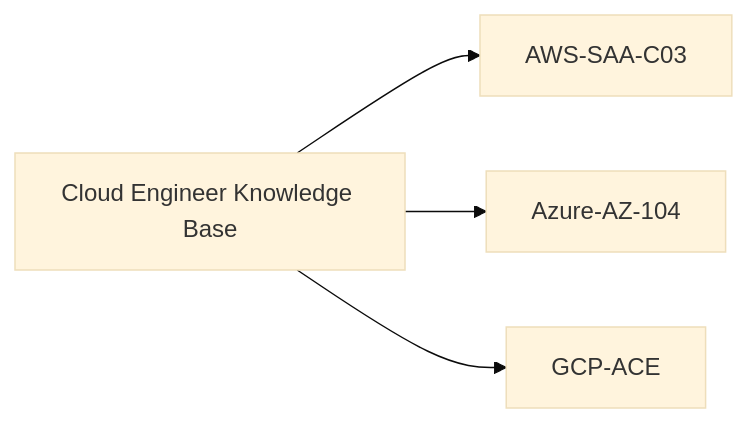
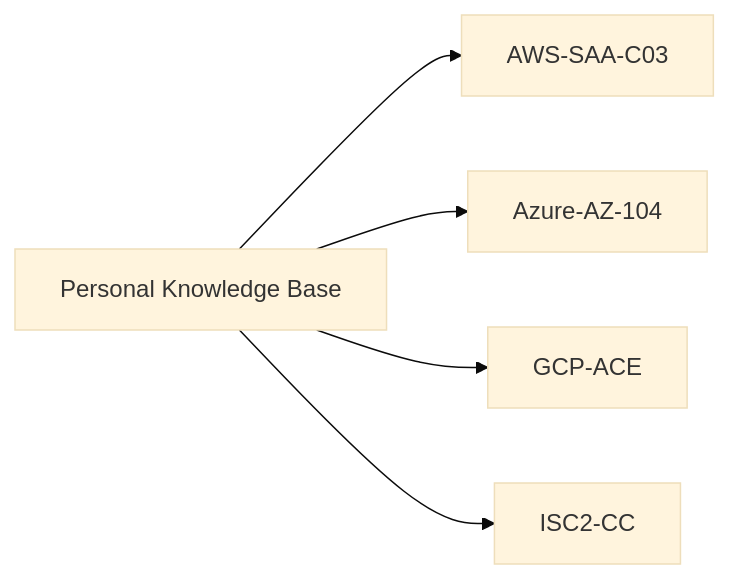
Before and after one commit to somkid-s5/Personal-Knowledge-Base: the diagram in README.md, drawn with Mermaid (base theme). The commit also changed other lines of this file and 10 other files, not shown here.

First line of the commit message:
Reframe repository as personal knowledge base and add ISC2-CC (#19)

```diff
--- a/README.md
+++ b/README.md
@@ -21,7 +22,8 @@
 ~~~mermaid
 flowchart LR
-    ROOT[Cloud Engineer Knowledge Base]
+    ROOT[Personal Knowledge Base]
     ROOT --> AWS[AWS-SAA-C03]
     ROOT --> AZ[Azure-AZ-104]
     ROOT --> GCP[GCP-ACE]
+    ROOT --> CC[ISC2-CC]
 ~~~
```
